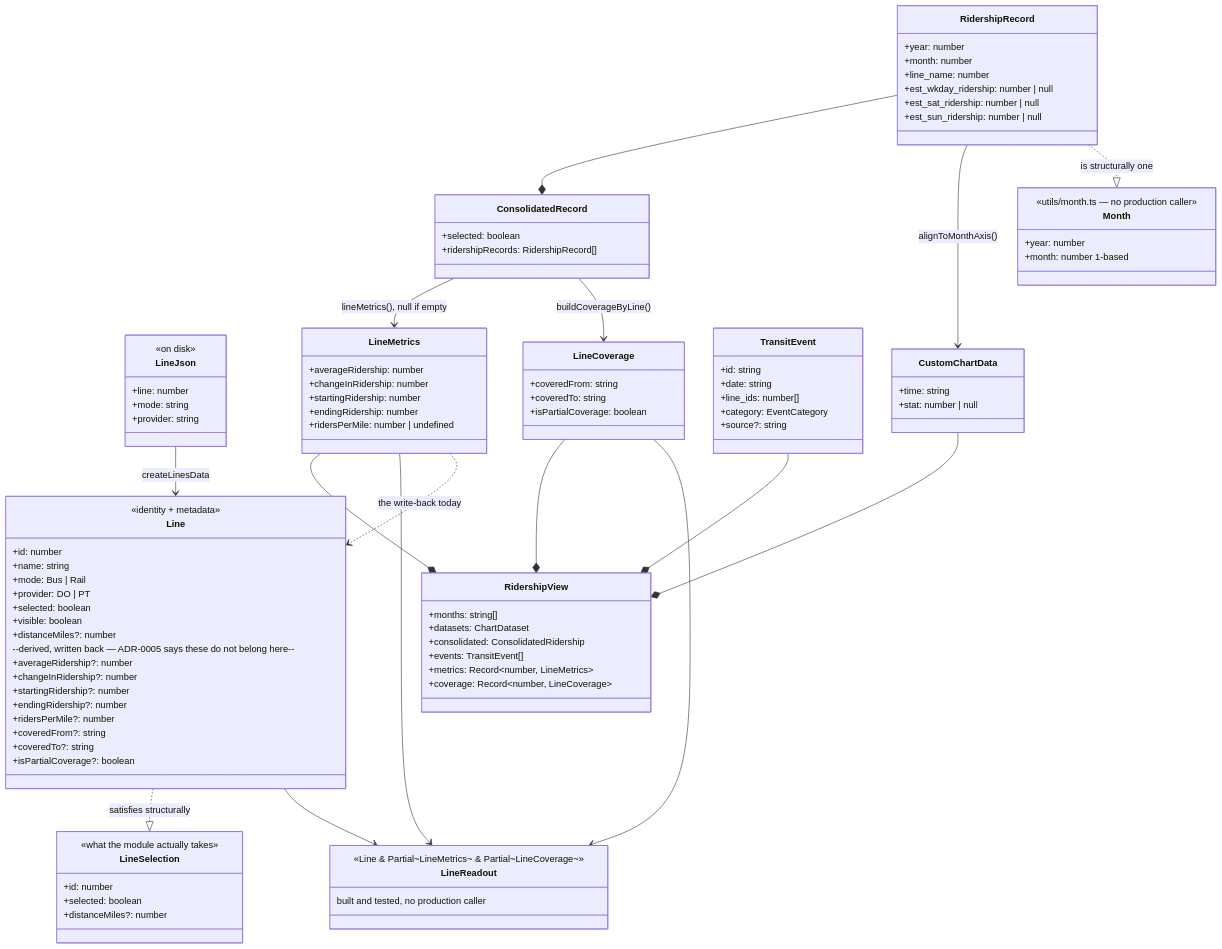
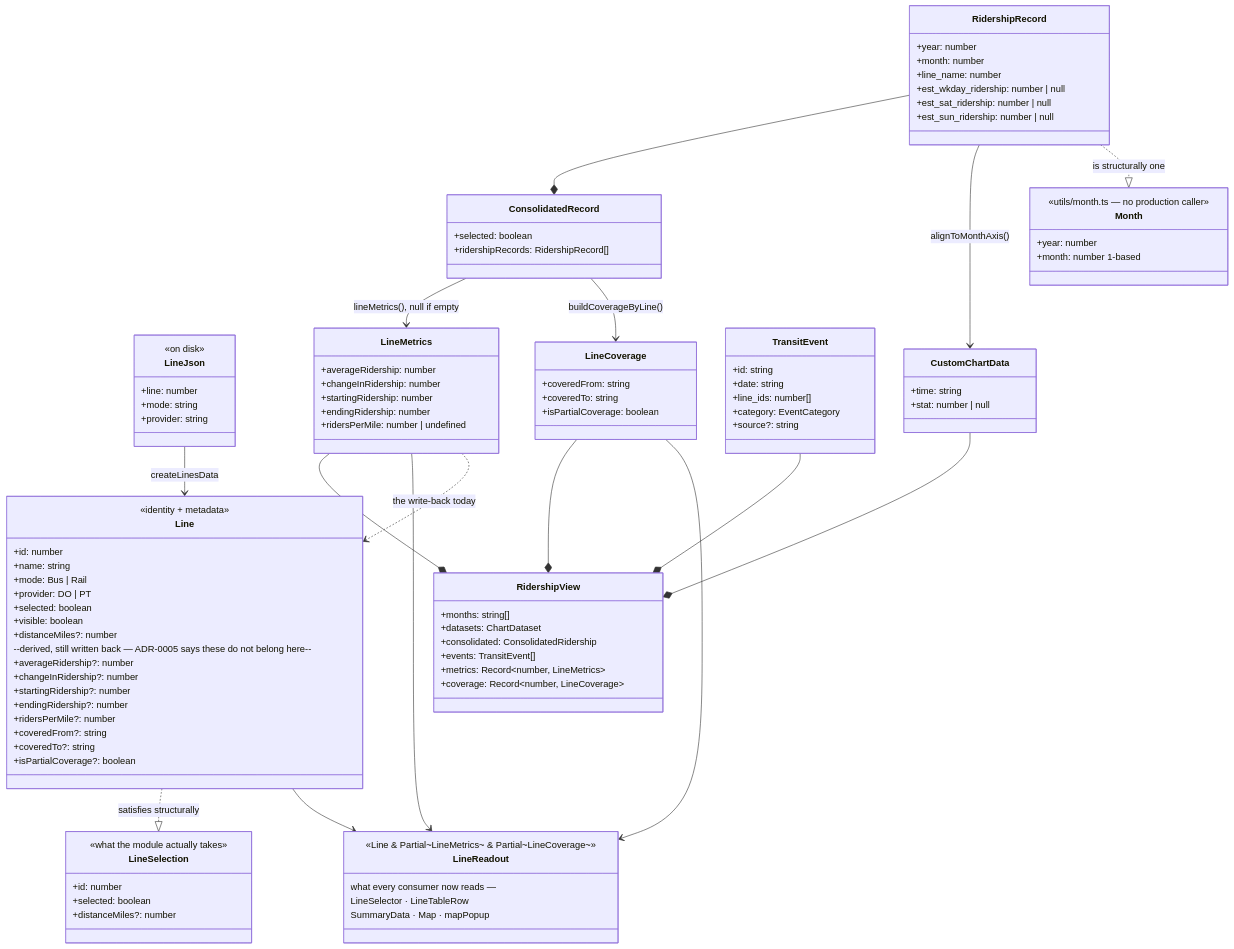
The diagram in docs/architecture/mermaid/11-domain-type-model.mmd (streetsforall/metro_ridership_app), drawn with Mermaid before and after one commit. The commit also changed 11 other files, not shown here.

```diff
--- a/docs/architecture/mermaid/11-domain-type-model.mmd
+++ b/docs/architecture/mermaid/11-domain-type-model.mmd
@@ -1,113 +1,115 @@
 classDiagram
   direction TB
 
   class LineJson {
     <<on disk>>
     +line: number
     +mode: string
     +provider: string
   }
 
   class Line {
     <<identity + metadata>>
     +id: number
     +name: string
     +mode: Bus | Rail
     +provider: DO | PT
     +selected: boolean
     +visible: boolean
     +distanceMiles?: number
-    --derived, written back — ADR-0005 says these do not belong here--
+    --derived, still written back — ADR-0005 says these do not belong here--
     +averageRidership?: number
     +changeInRidership?: number
     +startingRidership?: number
     +endingRidership?: number
     +ridersPerMile?: number
     +coveredFrom?: string
     +coveredTo?: string
     +isPartialCoverage?: boolean
   }
 
   class LineSelection {
     <<what the module actually takes>>
     +id: number
     +selected: boolean
     +distanceMiles?: number
   }
 
   class RidershipRecord {
     +year: number
     +month: number
     +line_name: number
     +est_wkday_ridership: number | null
     +est_sat_ridership: number | null
     +est_sun_ridership: number | null
   }
 
   class ConsolidatedRecord {
     +selected: boolean
     +ridershipRecords: RidershipRecord[]
   }
 
   class LineMetrics {
     +averageRidership: number
     +changeInRidership: number
     +startingRidership: number
     +endingRidership: number
     +ridersPerMile: number | undefined
   }
 
   class LineCoverage {
     +coveredFrom: string
     +coveredTo: string
     +isPartialCoverage: boolean
   }
 
   class LineReadout {
     <<Line & Partial~LineMetrics~ & Partial~LineCoverage~>>
-    built and tested, no production caller
+    what every consumer now reads —
+    LineSelector · LineTableRow
+    SummaryData · Map · mapPopup
   }
 
   class TransitEvent {
     +id: string
     +date: string
     +line_ids: number[]
     +category: EventCategory
     +source?: string
   }
 
   class CustomChartData {
     +time: string
     +stat: number | null
   }
 
   class RidershipView {
     +months: string[]
     +datasets: ChartDataset
     +consolidated: ConsolidatedRidership
     +events: TransitEvent[]
     +metrics: Record~number, LineMetrics~
     +coverage: Record~number, LineCoverage~
   }
 
   class Month {
     <<utils/month.ts — no production caller>>
     +year: number
     +month: number 1-based
   }
 
   LineJson --> Line : createLinesData
   Line ..|> LineSelection : satisfies structurally
   RidershipRecord --* ConsolidatedRecord
   ConsolidatedRecord --> LineMetrics : lineMetrics(), null if empty
   ConsolidatedRecord --> LineCoverage : buildCoverageByLine()
   RidershipRecord --> CustomChartData : alignToMonthAxis()
   RidershipRecord ..|> Month : is structurally one
   CustomChartData --* RidershipView
   LineMetrics --* RidershipView
   LineCoverage --* RidershipView
   TransitEvent --* RidershipView
   Line --> LineReadout
   LineMetrics --> LineReadout
   LineCoverage --> LineReadout
   LineMetrics ..> Line : the write-back today
```
